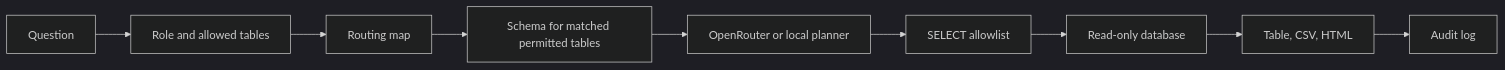
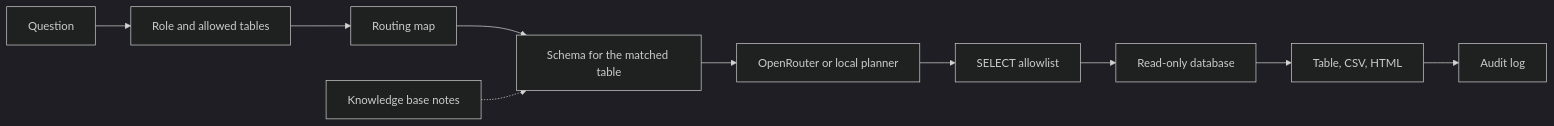
The diagram in README.md (TMYTMY/day1), drawn with Mermaid (dark theme) before and after one commit. The commit also changed other lines of this file and 17 other files, not shown here.

First line of the commit message:
Add a knowledge base page for glossary and schema notes

````diff
--- a/README.md
+++ b/README.md
@@ -75,11 +89,12 @@
 ```mermaid
 flowchart LR
   ask[Question] --> auth[Role and allowed tables]
   auth --> route[Routing map]
-  route --> prompt[Schema for matched permitted tables]
+  route --> prompt[Schema for the matched table]
+  kb[Knowledge base notes] -.-> prompt
   prompt --> sql[OpenRouter or local planner]
   sql --> guard[SELECT allowlist]
   guard --> db[Read-only database]
   db --> out[Table, CSV, HTML]
   out --> log[Audit log]
 ```
````
